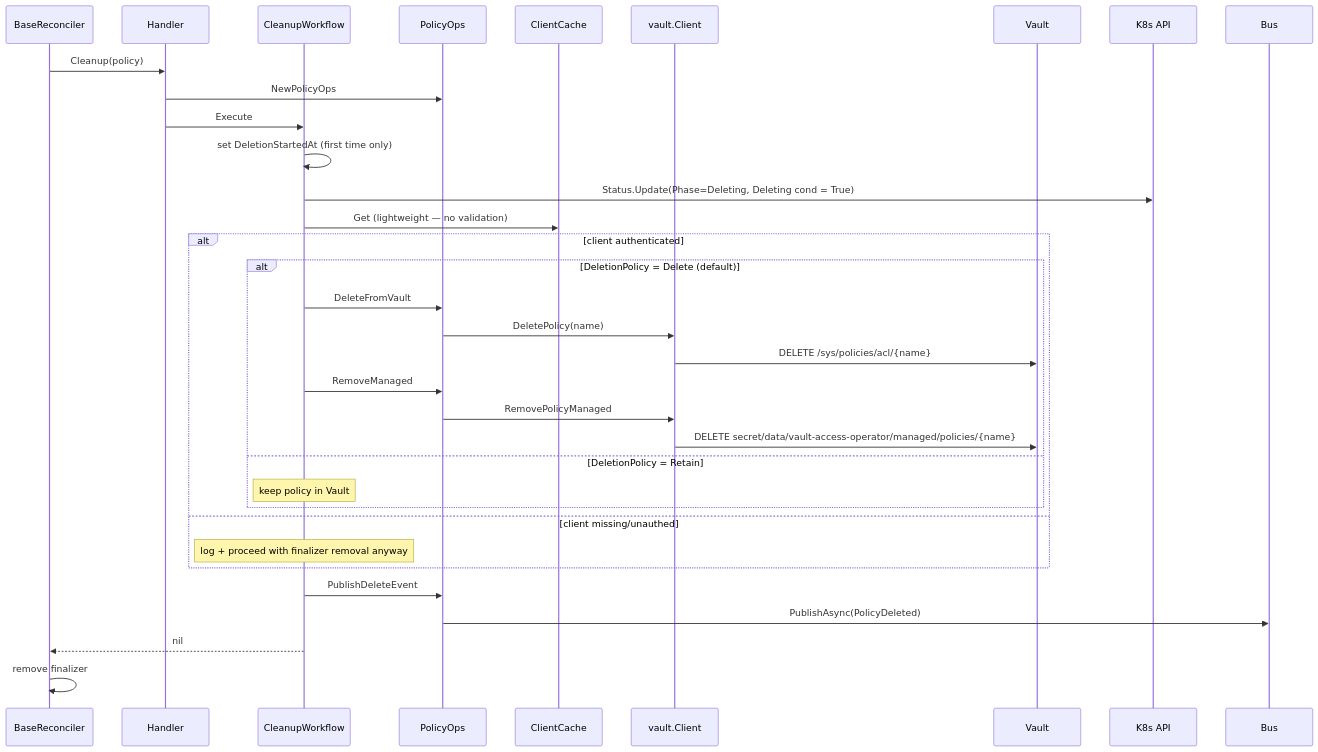
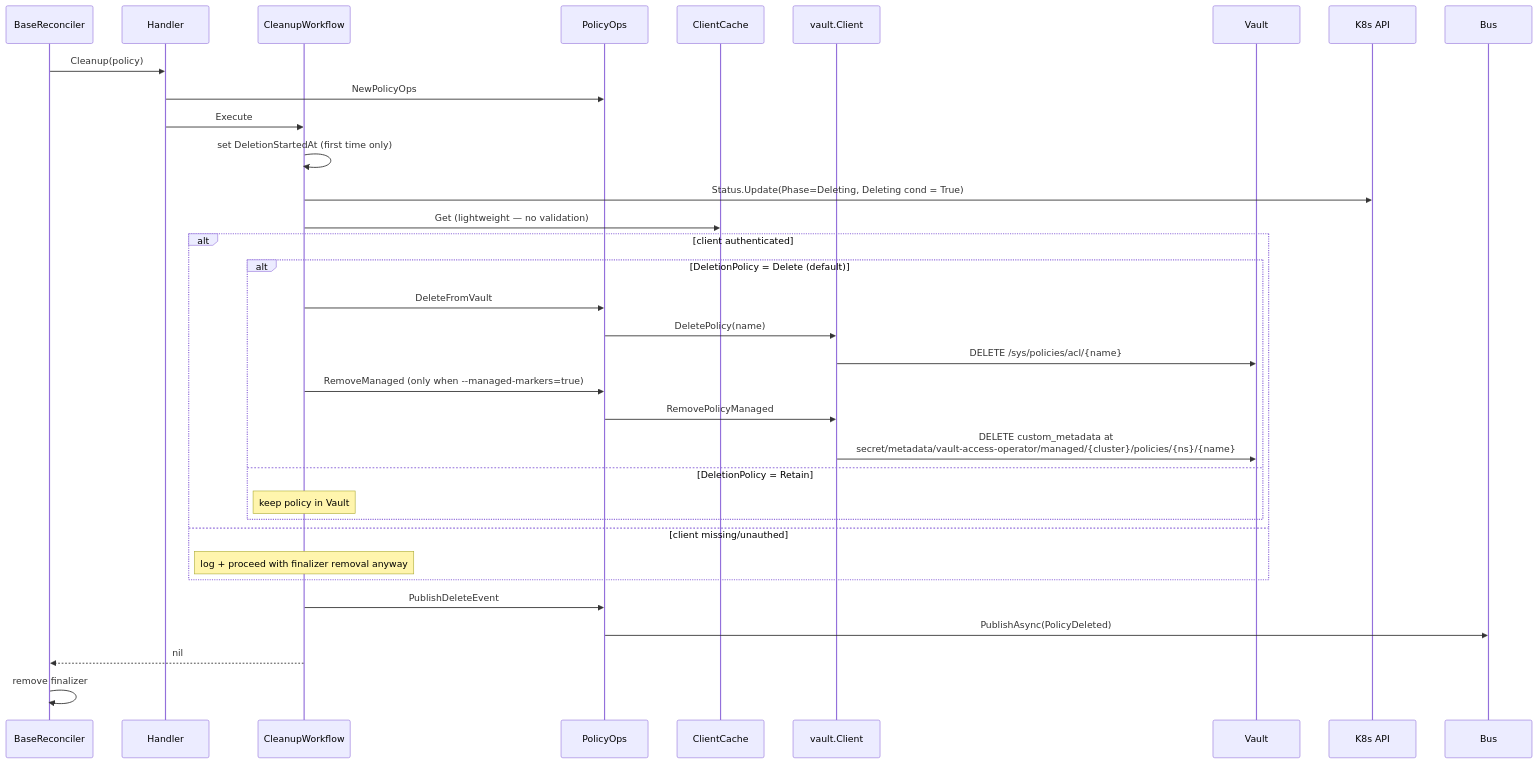
The third of 3 diagrams in docs/internal/FLOW_POLICY.md (panteparak/vault-access-operator), drawn with Mermaid before and after one commit. The commit also changed other lines of this file and 54 other files, not shown here.

First line of the commit message:
feat(markers): hierarchical metadata-only managed markers behind opt-in flag (#9)

````diff
--- a/docs/internal/FLOW_POLICY.md
+++ b/docs/internal/FLOW_POLICY.md
@@ -271,36 +275,36 @@
 ```mermaid
 sequenceDiagram
     participant Base as BaseReconciler
     participant H as Handler
     participant CW as CleanupWorkflow
     participant Ops as PolicyOps
     participant Cache as ClientCache
     participant VC as vault.Client
     participant V as Vault
     participant K8s as K8s API
 
     Base->>H: Cleanup(policy)
     H->>Ops: NewPolicyOps
     H->>CW: Execute
     CW->>CW: set DeletionStartedAt (first time only)
     CW->>K8s: Status.Update(Phase=Deleting, Deleting cond = True)
     CW->>Cache: Get (lightweight — no validation)
     alt client authenticated
         alt DeletionPolicy = Delete (default)
             CW->>Ops: DeleteFromVault
             Ops->>VC: DeletePolicy(name)
             VC->>V: DELETE /sys/policies/acl/{name}
-            CW->>Ops: RemoveManaged
+            CW->>Ops: RemoveManaged (only when --managed-markers=true)
             Ops->>VC: RemovePolicyManaged
-            VC->>V: DELETE secret/data/vault-access-operator/managed/policies/{name}
+            VC->>V: DELETE custom_metadata at<br/>secret/metadata/vault-access-operator/managed/{cluster}/policies/{ns}/{name}
         else DeletionPolicy = Retain
             Note over CW: keep policy in Vault
         end
     else client missing/unauthed
         Note over CW: log + proceed with finalizer removal anyway
     end
     CW->>Ops: PublishDeleteEvent
     Ops->>Bus: PublishAsync(PolicyDeleted)
     CW-->>Base: nil
     Base->>Base: remove finalizer
 ```
````
